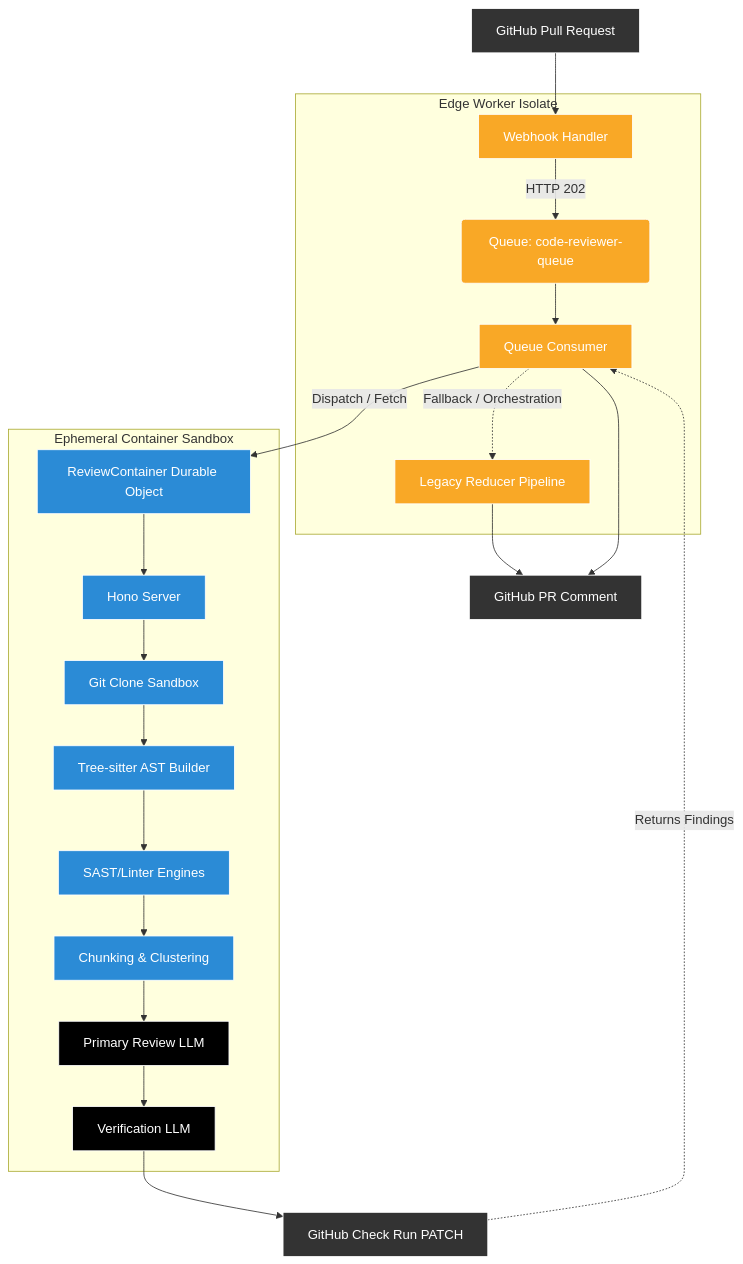
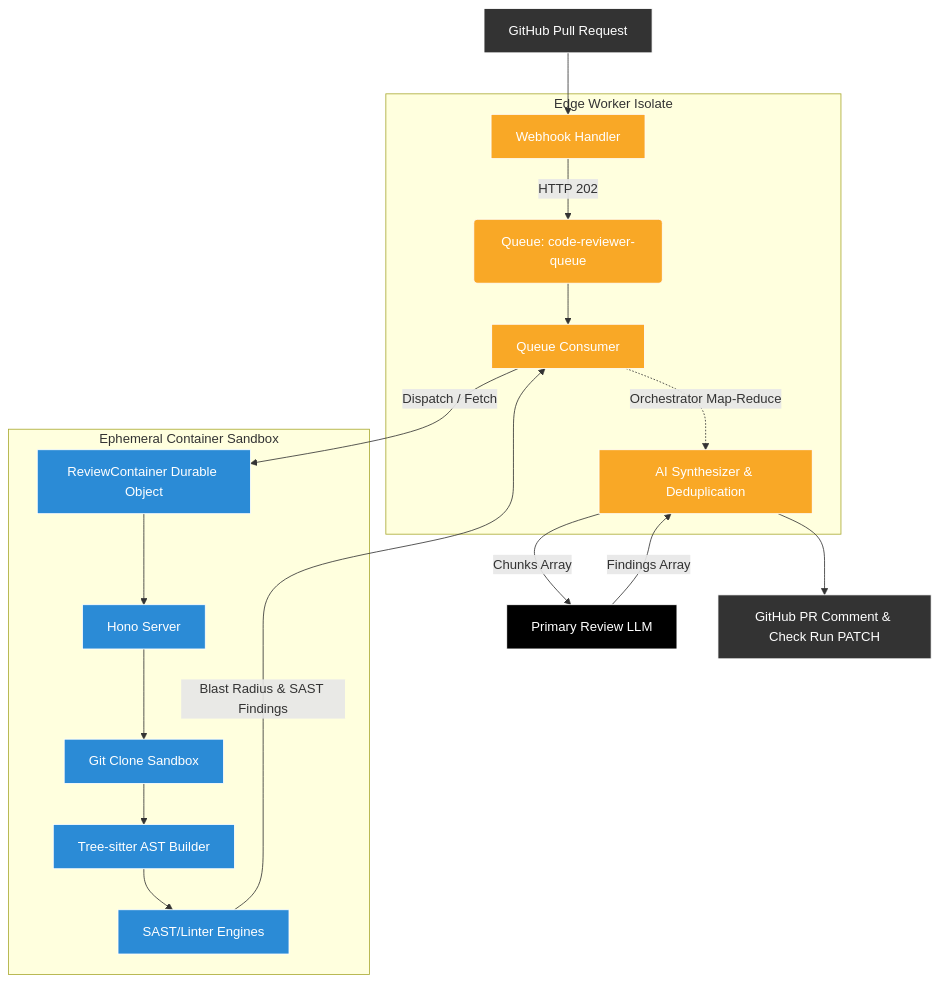
The diagram in docs/ARCHITECTURE.md (gokulrajrz/code-reviewer), drawn with Mermaid before and after one commit. The commit also changed other lines of this file and 11 other files, not shown here.

First line of the commit message:
refactor: consolidate LLM orchestration to worker tier and simplify container pipeline

````diff
--- a/docs/ARCHITECTURE.md
+++ b/docs/ARCHITECTURE.md
@@ -7,34 +7,31 @@
 ```mermaid
 graph TD
     classDef worker fill:#f9a826,stroke:#fff,color:#fff;
     classDef container fill:#2b8bd6,stroke:#fff,color:#fff;
     classDef llm fill:#000,stroke:#fff,color:#fff;
     classDef gh fill:#333,stroke:#fff,color:#fff;
 
     A[GitHub Pull Request]:::gh --> B
     
     subgraph Edge Worker Isolate
         B[Webhook Handler]:::worker -->|HTTP 202| C(Queue: code-reviewer-queue):::worker
         C --> D[Queue Consumer]:::worker
-        D -.-> |Fallback / Orchestration| R[Legacy Reducer Pipeline]:::worker
+        D -.-> |Orchestrator Map-Reduce| R[AI Synthesizer & Deduplication]:::worker
     end
 
     subgraph Ephemeral Container Sandbox
         D -->|Dispatch / Fetch| E[ReviewContainer Durable Object]:::container
         E --> F[Hono Server]:::container
         
         F --> G[Git Clone Sandbox]:::container
         G --> H[Tree-sitter AST Builder]:::container
         H --> I[SAST/Linter Engines]:::container
-        I --> J[Chunking & Clustering]:::container
-        
-        J --> K[Primary Review LLM]:::llm
-        K --> L[Verification LLM]:::llm
     end
 
-    L --> M[GitHub Check Run PATCH]:::gh
-    M -.-> |Returns Findings| D
+    I -->|Blast Radius & SAST Findings| D
     
-    R --> N[GitHub PR Comment]:::gh
-    D --> N
+    R -->|Chunks Array| K[Primary Review LLM]:::llm
+    K -->|Findings Array| R
+    
+    R --> N[GitHub PR Comment & Check Run PATCH]:::gh
 ```
````
